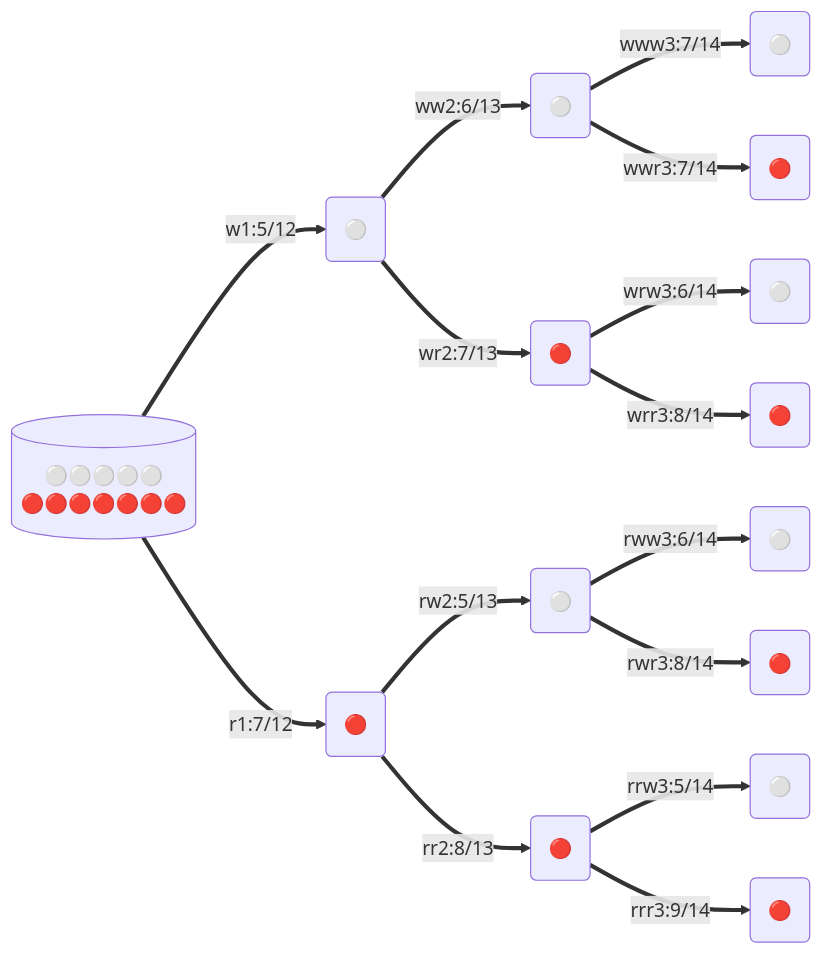
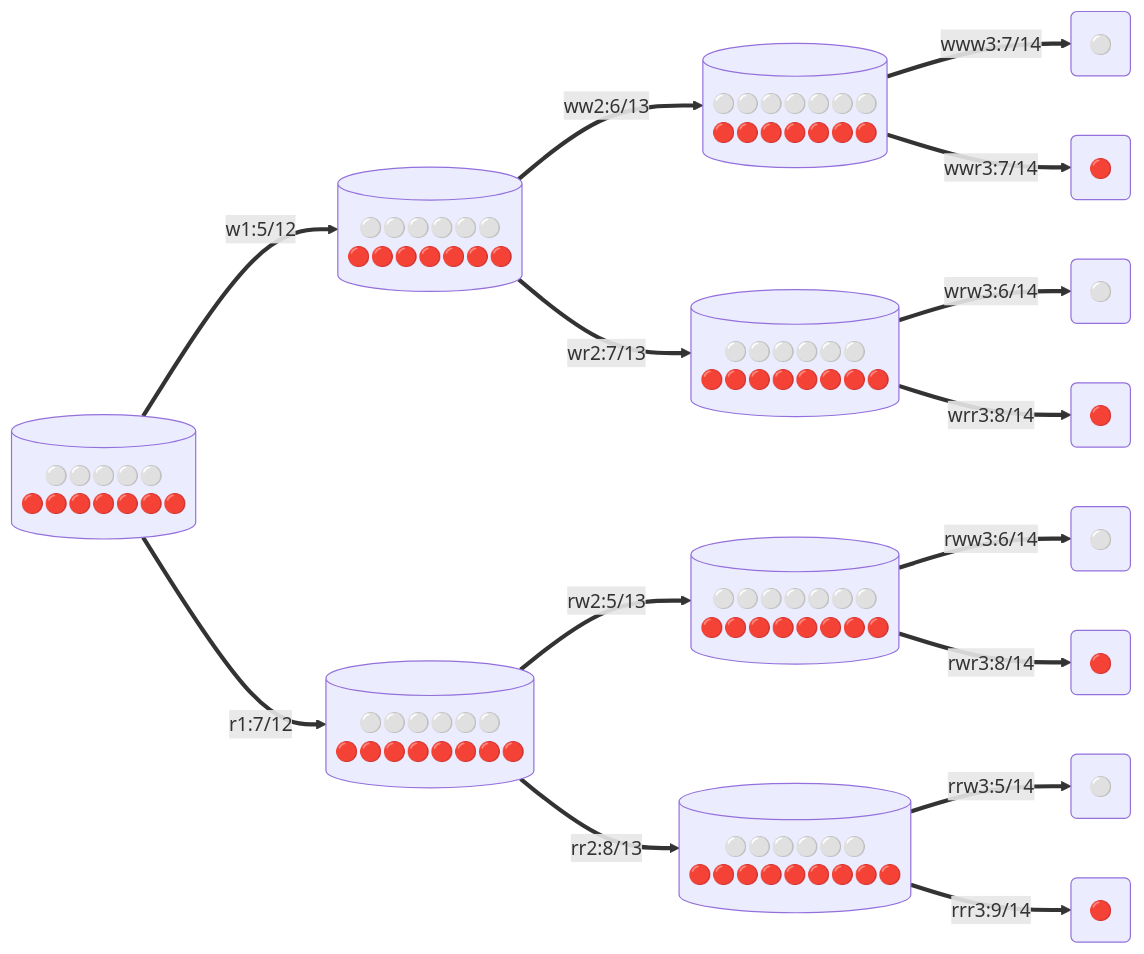
One commit to math4mad/conditional-prob-exercise changed the diagram in exercises/afcp-ex3.40.qmd. Above: the diagram before and after it, drawn with Mermaid. The commit also changed 1 other file, not shown here.

Commit message:
ex3.40  flowchart modify
 more visualize

````diff
--- a/exercises/afcp-ex3.40.qmd
+++ b/exercises/afcp-ex3.40.qmd
@@ -13,21 +13,22 @@
 ```{mermaid}
 
 flowchart LR
-    A[("⚪️⚪️⚪️⚪️⚪️\n🔴🔴🔴🔴🔴🔴🔴")]==w1:5/12==>B("⚪️")
-    A[("⚪️⚪️⚪️⚪️⚪️\n🔴🔴🔴🔴🔴🔴🔴")]==r1:7/12==>C("🔴")
-    B("⚪️")==ww2:6/13==>D("⚪️")
-    B("⚪️")==wr2:7/13==>F("🔴")
-    C("🔴")==rw2:5/13==>G("⚪️")
-    C("🔴")==rr2:8/13==>H("🔴")
-    D("⚪️")==www3:7/14==>I("⚪️")
-    D("⚪️")==wwr3:7/14==>J("🔴")
-    F("🔴")==wrw3:6/14==>L("⚪️")
-    F("🔴")==wrr3:8/14==>M("🔴")
+    A[("⚪️⚪️⚪️⚪️⚪️\n🔴🔴🔴🔴🔴🔴🔴")]==w1:5/12==>B[("⚪️⚪️⚪️⚪️⚪️⚪️\n🔴🔴🔴🔴🔴🔴🔴")]
+    A[("⚪️⚪️⚪️⚪️⚪️\n🔴🔴🔴🔴🔴🔴🔴")]==r1:7/12==>C[("⚪️⚪️⚪️⚪️⚪️⚪️\n🔴🔴🔴🔴🔴🔴🔴🔴")]
+    
+    B==ww2:6/13==>D[("⚪️⚪️⚪️⚪️⚪️⚪️⚪️\n🔴🔴🔴🔴🔴🔴🔴")]
+    B==wr2:7/13==>F[("⚪️⚪️⚪️⚪️⚪️⚪️\n🔴🔴🔴🔴🔴🔴🔴🔴")]
+    C==rw2:5/13==>G[("⚪️⚪️⚪️⚪️⚪️⚪️⚪️\n🔴🔴🔴🔴🔴🔴🔴🔴")]
+    C==rr2:8/13==>H[("⚪️⚪️⚪️⚪️⚪️⚪️\n🔴🔴🔴🔴🔴🔴🔴🔴🔴")]
+    
+    D==www3:7/14==>I("⚪️")
+    D==wwr3:7/14==>J("🔴")
+    F==wrw3:6/14==>L("⚪️")
+    F==wrr3:8/14==>M("🔴")
+    
+    G==rww3:6/14==>N("⚪️")
+    G==rwr3:8/14==>O("🔴")
 
-    G("⚪️")==rww3:6/14==>N("⚪️")
-    G("⚪️")==rwr3:8/14==>O("🔴")
-
-    H("🔴")==rrw3:5/14==>P("⚪️")
-    H("🔴")==rrr3:9/14==>Q("🔴")
-   
+    H==rrw3:5/14==>P("⚪️")
+    H==rrr3:9/14==>Q("🔴")
 ```
````
